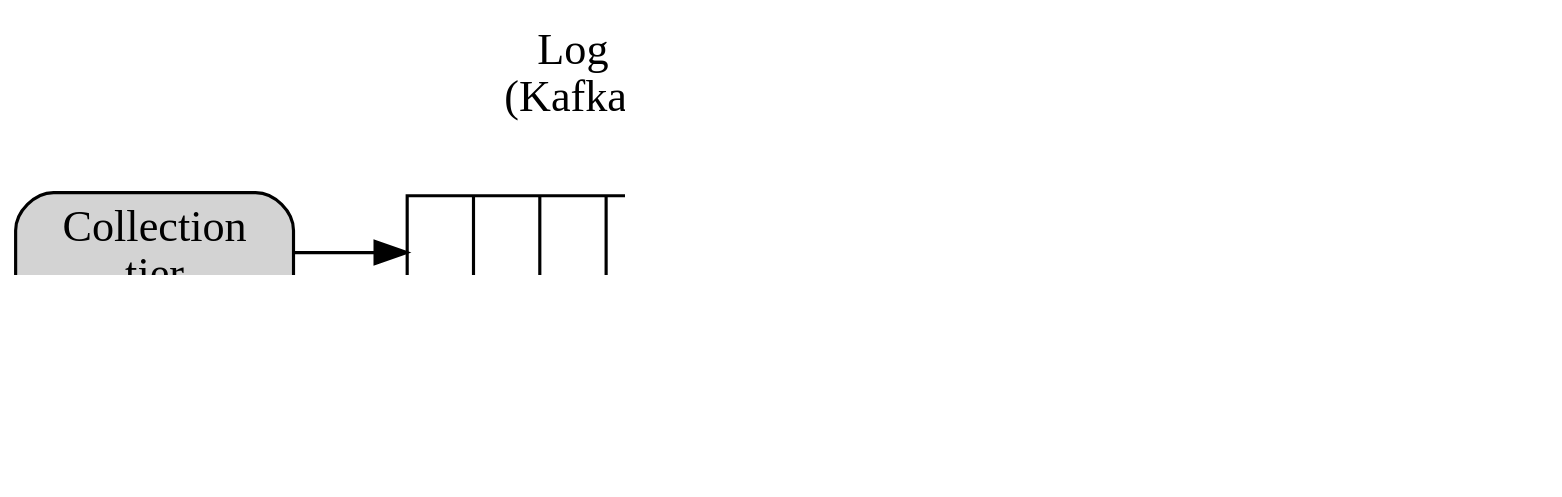
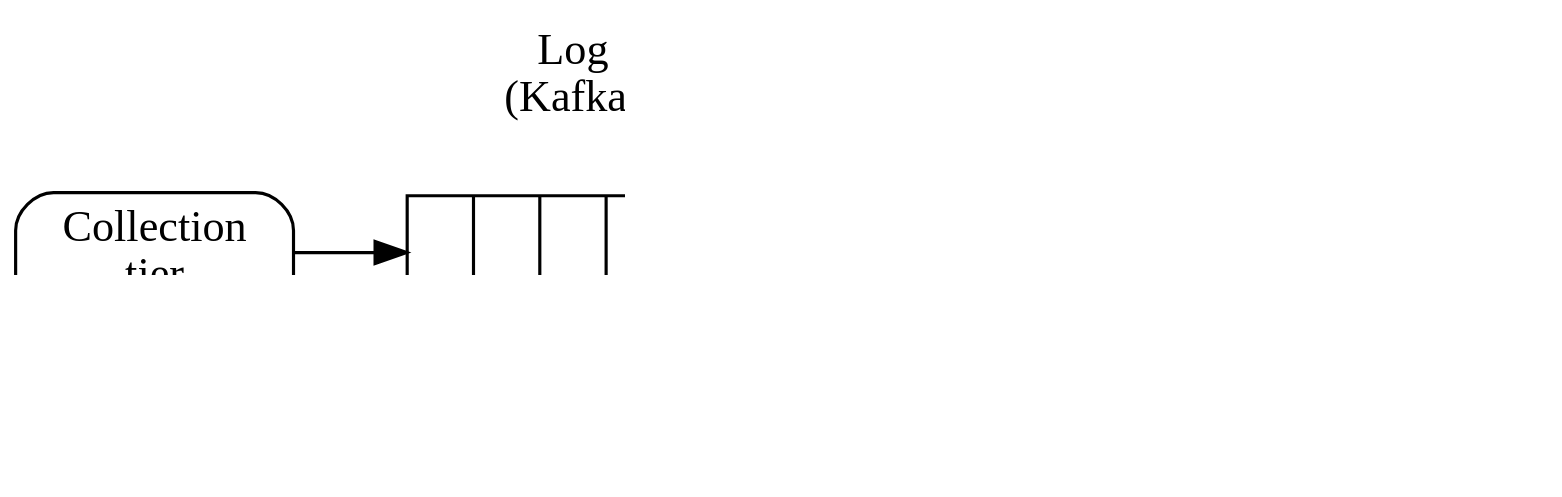
One commit to inponomarev/kafka-hjs changed diagram 52 of 55 in src/main/asciidoc/lecture.adoc. Above: the diagram before and after it, drawn with Graphviz. The commit also changed other lines of this file and 18 other files, not shown here.

```diff
--- a/src/main/asciidoc/lecture.adoc
+++ b/src/main/asciidoc/lecture.adoc
@@ -2751,20 +2730,20 @@
-[graphviz,streaming-arch3,png]
+[graphviz,streaming-arch2,png]
 ----
 digraph G {
   graph [ dpi = 190 ];
   rankdir="LR";
-  A[label="Collection\ntier",shape="rectangle",style="rounded,filled"];
+  A[label="Collection\ntier",shape="rectangle",style="rounded";];
 
   Ledger1 [shape="record",label="{ | | | | }"];
   Caption1[label="Log\n(Kafka)",shape="plaintext"];
   {rank = same; Ledger1; Caption1;}
   C[label="Analysis tier",shape="rectangle",style="rounded"];
   Ledger2 [shape="record",label="{ | | | | }"];
   Caption2[label="Log\n(Kafka)",shape="plaintext"];
   {rank = same; Ledger2; Caption2;}
   D[label="In-memory\ndata store",shape="cylinder"];
   E[label="Data\naccess tier",shape="rectangle",style="rounded"];
   A->Ledger1->C->Ledger2->D->E;
   {rank = same; C; D;} 
 }
 ----
```
